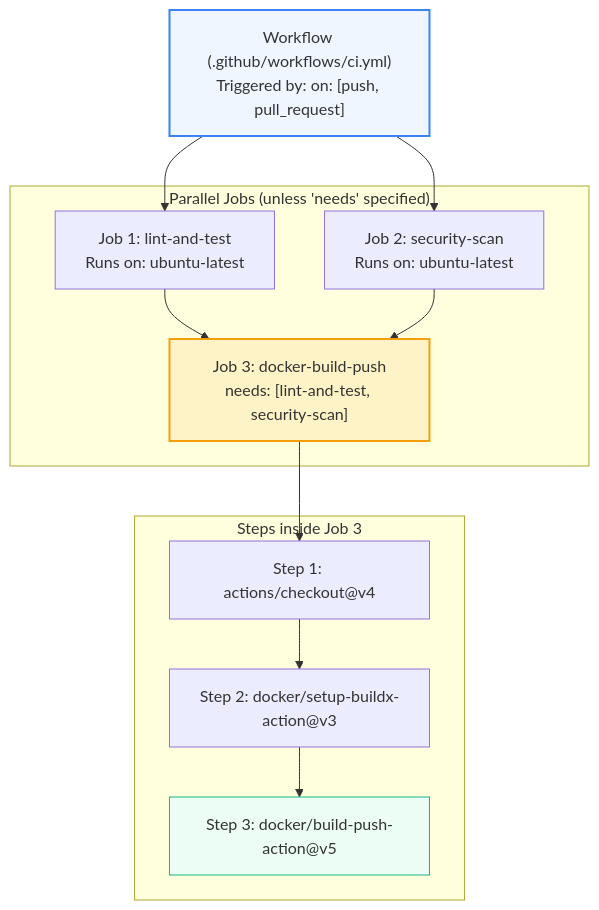
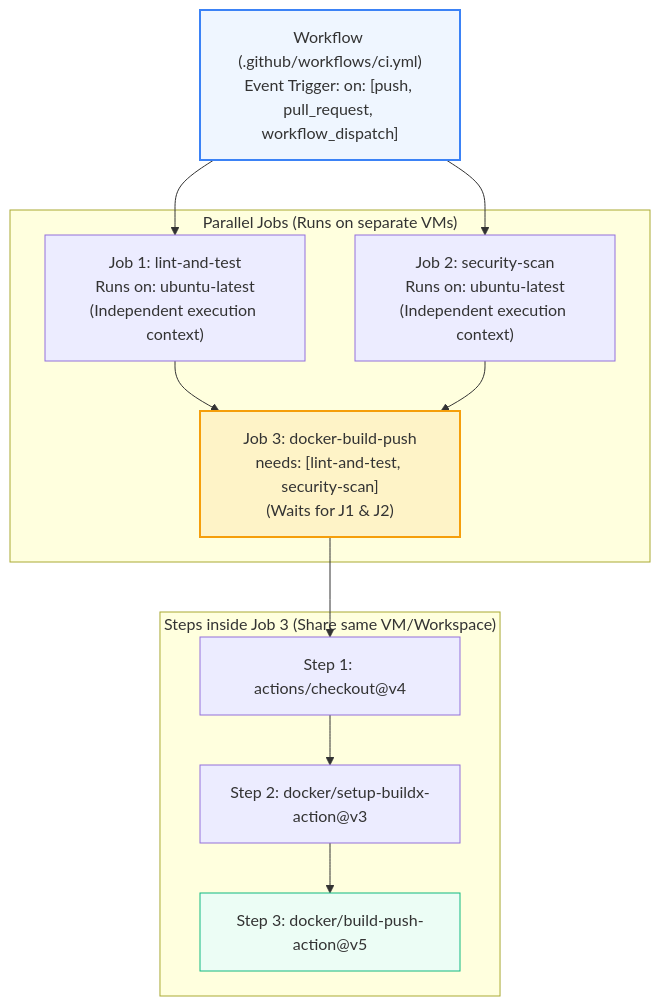
One commit to PandeyKishan/Study-Notes changed the first of 2 diagrams in 04-CICD-Pipelines/02-GitHub-Actions-Deep-Dive.md. Above: the diagram before and after it, drawn with Mermaid. The commit also changed other lines of this file and 38 other files, not shown here.

````diff
--- a/04-CICD-Pipelines/02-GitHub-Actions-Deep-Dive.md
+++ b/04-CICD-Pipelines/02-GitHub-Actions-Deep-Dive.md
@@ -10,26 +12,26 @@
 ```mermaid
 flowchart TD
-    Workflow["Workflow (.github/workflows/ci.yml)\nTriggered by: on: [push, pull_request]"]
+    Workflow["Workflow (.github/workflows/ci.yml)\nEvent Trigger: on: [push, pull_request, workflow_dispatch]"]
     
-    subgraph Jobs["Parallel Jobs (unless 'needs' specified)"]
-        J1["Job 1: lint-and-test\nRuns on: ubuntu-latest"]
-        J2["Job 2: security-scan\nRuns on: ubuntu-latest"]
-        J3["Job 3: docker-build-push\nneeds: [lint-and-test, security-scan]"]
+    subgraph Jobs["Parallel Jobs (Runs on separate VMs)"]
+        J1["Job 1: lint-and-test\nRuns on: ubuntu-latest\n(Independent execution context)"]
+        J2["Job 2: security-scan\nRuns on: ubuntu-latest\n(Independent execution context)"]
+        J3["Job 3: docker-build-push\nneeds: [lint-and-test, security-scan]\n(Waits for J1 & J2)"]
     end
 
-    subgraph Steps["Steps inside Job 3"]
+    subgraph Steps["Steps inside Job 3 (Share same VM/Workspace)"]
         S1["Step 1: actions/checkout@v4"]
         S2["Step 2: docker/setup-buildx-action@v3"]
         S3["Step 3: docker/build-push-action@v5"]
     end
 
     Workflow --> J1
     Workflow --> J2
     J1 --> J3
     J2 --> J3
     J3 --> S1 --> S2 --> S3
 
     style Workflow fill:#eff6ff,stroke:#3b82f6,stroke-width:2px
     style J3 fill:#fef3c7,stroke:#f59e0b,stroke-width:2px
     style S3 fill:#ecfdf5,stroke:#10b981,stroke-width:1px
 ```
````
